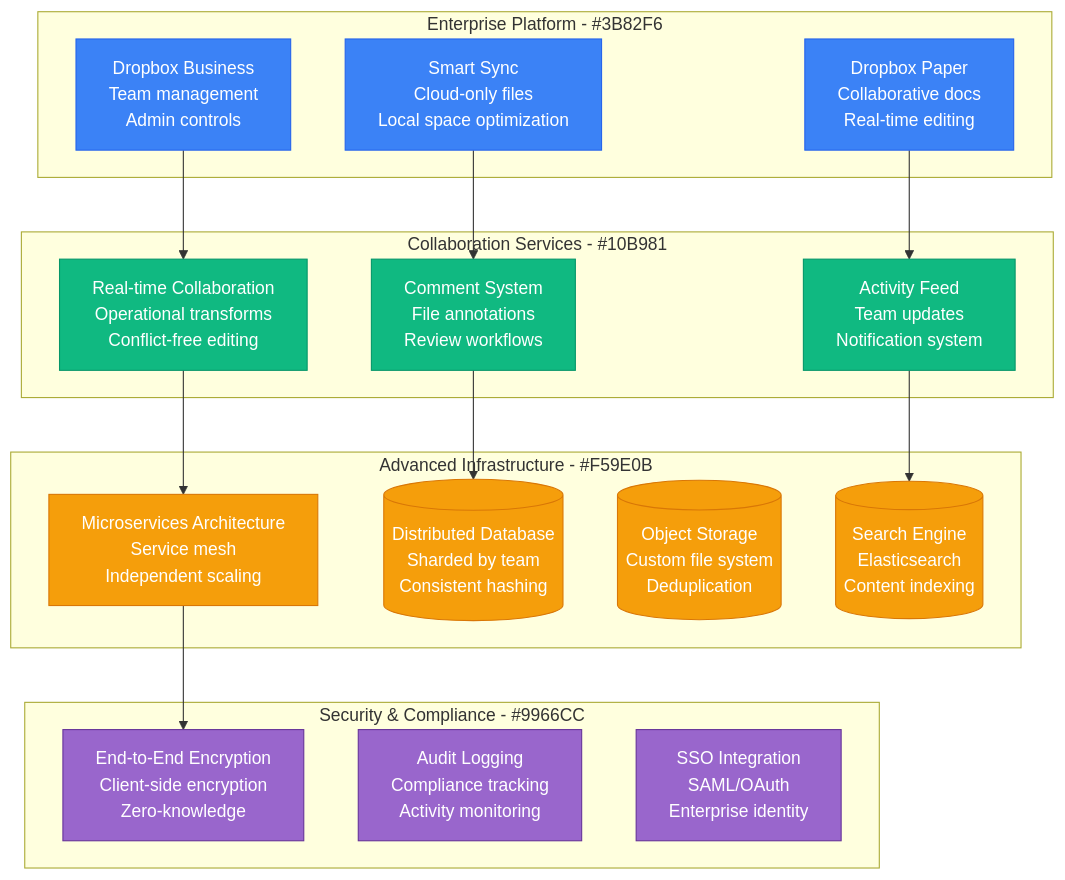
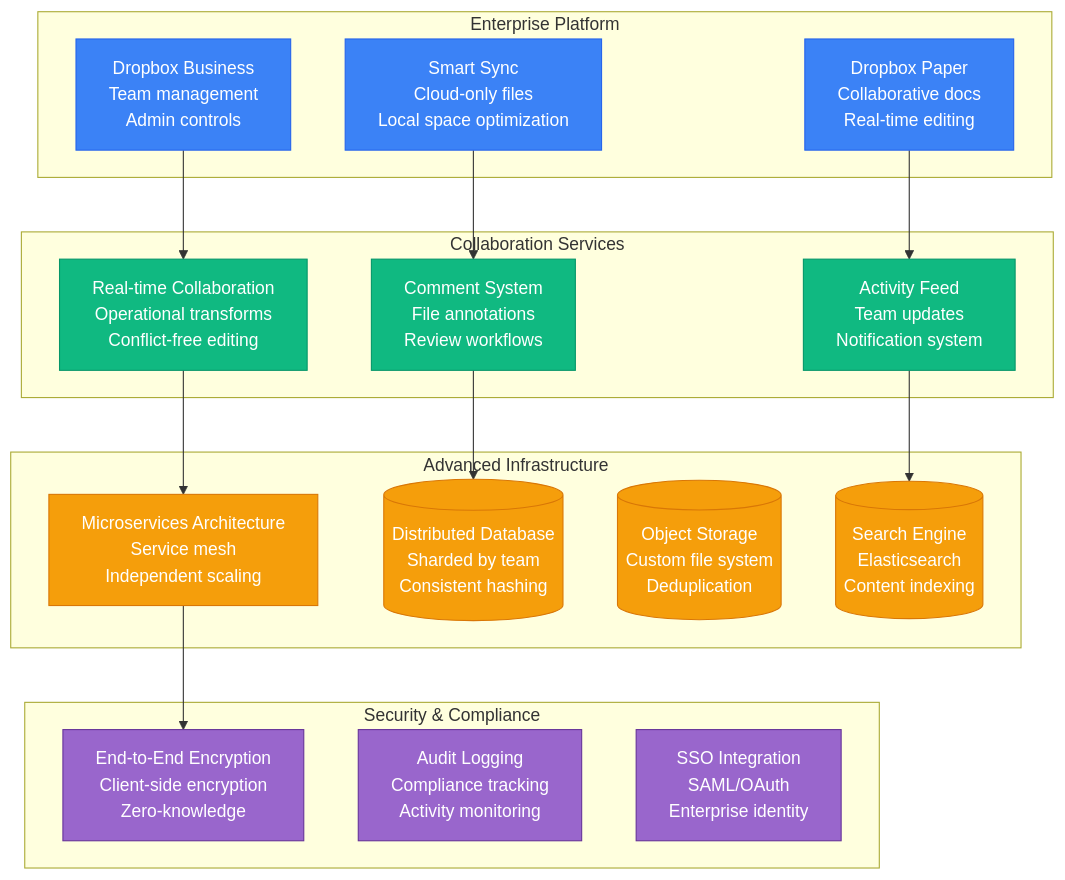
The third of 3 diagrams in site/docs/scaling/dropbox-scale-evolution.md (deepaucksharma/DS), drawn with Mermaid before and after one commit. The commit also changed other lines of this file and 169 other files, not shown here.

````diff
--- a/site/docs/scaling/dropbox-scale-evolution.md
+++ b/site/docs/scaling/dropbox-scale-evolution.md
@@ -118,45 +118,45 @@
 ```mermaid
 graph TB
-    subgraph EnterprisePlatform[Enterprise Platform - #3B82F6]
+    subgraph EnterprisePlatform["Enterprise Platform"]
         DROPBOX_BUSINESS[Dropbox Business<br/>Team management<br/>Admin controls]
         SMART_SYNC[Smart Sync<br/>Cloud-only files<br/>Local space optimization]
         PAPER[Dropbox Paper<br/>Collaborative docs<br/>Real-time editing]
     end
 
-    subgraph CollaborationServices[Collaboration Services - #10B981]
+    subgraph CollaborationServices["Collaboration Services"]
         REAL_TIME_COLLAB[Real-time Collaboration<br/>Operational transforms<br/>Conflict-free editing]
         COMMENT_SYSTEM[Comment System<br/>File annotations<br/>Review workflows]
         ACTIVITY_FEED[Activity Feed<br/>Team updates<br/>Notification system]
     end
 
-    subgraph AdvancedInfra[Advanced Infrastructure - #F59E0B]
+    subgraph AdvancedInfra["Advanced Infrastructure"]
         MICROSERVICES[Microservices Architecture<br/>Service mesh<br/>Independent scaling]
         DISTRIBUTED_DB[(Distributed Database<br/>Sharded by team<br/>Consistent hashing)]
         OBJECT_STORAGE[(Object Storage<br/>Custom file system<br/>Deduplication)]
         SEARCH_ENGINE[(Search Engine<br/>Elasticsearch<br/>Content indexing)]
     end
 
-    subgraph SecurityCompliance[Security & Compliance - #9966CC]
+    subgraph SecurityCompliance["Security & Compliance"]
         ENCRYPTION[End-to-End Encryption<br/>Client-side encryption<br/>Zero-knowledge]
         AUDIT_LOGGING[Audit Logging<br/>Compliance tracking<br/>Activity monitoring]
         SSO_INTEGRATION[SSO Integration<br/>SAML/OAuth<br/>Enterprise identity]
     end
 
     DROPBOX_BUSINESS --> REAL_TIME_COLLAB
     SMART_SYNC --> COMMENT_SYSTEM
     PAPER --> ACTIVITY_FEED
     REAL_TIME_COLLAB --> MICROSERVICES
     COMMENT_SYSTEM --> DISTRIBUTED_DB
     ACTIVITY_FEED --> SEARCH_ENGINE
     MICROSERVICES --> ENCRYPTION
 
     classDef platformStyle fill:#3B82F6,stroke:#2563EB,color:#fff
     classDef collabStyle fill:#10B981,stroke:#059669,color:#fff
     classDef infraStyle fill:#F59E0B,stroke:#D97706,color:#fff
     classDef securityStyle fill:#9966CC,stroke:#663399,color:#fff
 
     class DROPBOX_BUSINESS,SMART_SYNC,PAPER platformStyle
     class REAL_TIME_COLLAB,COMMENT_SYSTEM,ACTIVITY_FEED collabStyle
     class MICROSERVICES,DISTRIBUTED_DB,OBJECT_STORAGE,SEARCH_ENGINE infraStyle
     class ENCRYPTION,AUDIT_LOGGING,SSO_INTEGRATION securityStyle
 ```
````
